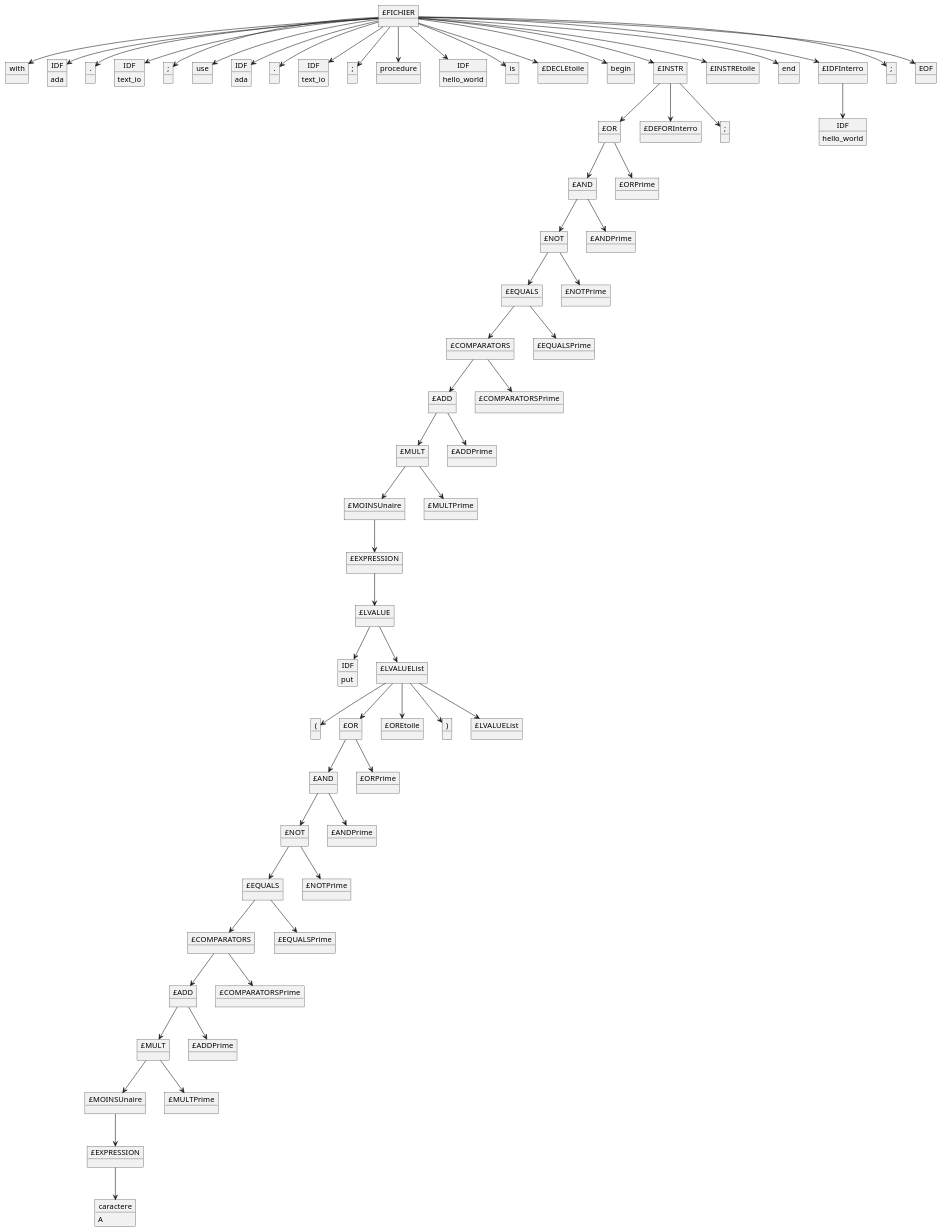
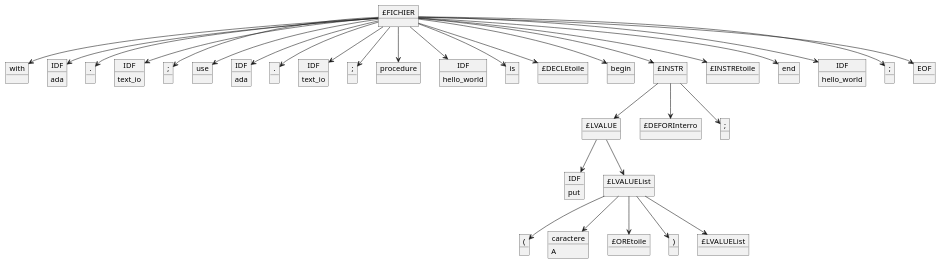
The diagram in Programmes/Fonctionne/hello_world.adb.puml (LeBoufty/pcl), drawn with PlantUML before and after one commit. The commit also changed 5 other files, not shown here.

```diff
--- a/Programmes/Fonctionne/hello_world.adb.puml
+++ b/Programmes/Fonctionne/hello_world.adb.puml
@@ -1,139 +1,73 @@
 @startuml Arbre_Syntaxique
 object "£FICHIER" as 1
 object "with" as 2
 object "IDF" as 3
 3 : ada
 object "." as 4
 object "IDF" as 5
 5 : text_io
 object ";" as 6
 object "use" as 7
 object "IDF" as 8
 8 : ada
 object "." as 9
 object "IDF" as 10
 10 : text_io
 object ";" as 11
 object "procedure" as 12
 object "IDF" as 13
 13 : hello_world
 object "is" as 14
 object "£DECLEtoile" as 15
 object "begin" as 16
 object "£INSTR" as 17
 object "£INSTREtoile" as 18
 object "end" as 19
-object "£IDFInterro" as 20
+object "IDF" as 20
+20 : hello_world
 object ";" as 21
 object "EOF" as 22
-object "£OR" as 23
+object "£LVALUE" as 23
 object "£DEFORInterro" as 24
 object ";" as 25
 object "IDF" as 26
-26 : hello_world
-object "£AND" as 27
-object "£ORPrime" as 28
-object "£NOT" as 29
-object "£ANDPrime" as 30
-object "£EQUALS" as 31
-object "£NOTPrime" as 32
-object "£COMPARATORS" as 33
-object "£EQUALSPrime" as 34
-object "£ADD" as 35
-object "£COMPARATORSPrime" as 36
-object "£MULT" as 37
-object "£ADDPrime" as 38
-object "£MOINSUnaire" as 39
-object "£MULTPrime" as 40
-object "£EXPRESSION" as 41
-object "£LVALUE" as 42
-object "IDF" as 43
-43 : put
-object "£LVALUEList" as 44
-object "(" as 45
-object "£OR" as 46
-object "£OREtoile" as 47
-object ")" as 48
-object "£LVALUEList" as 49
-object "£AND" as 50
-object "£ORPrime" as 51
-object "£NOT" as 52
-object "£ANDPrime" as 53
-object "£EQUALS" as 54
-object "£NOTPrime" as 55
-object "£COMPARATORS" as 56
-object "£EQUALSPrime" as 57
-object "£ADD" as 58
-object "£COMPARATORSPrime" as 59
-object "£MULT" as 60
-object "£ADDPrime" as 61
-object "£MOINSUnaire" as 62
-object "£MULTPrime" as 63
-object "£EXPRESSION" as 64
-object "caractere" as 65
-65 : A
+26 : put
+object "£LVALUEList" as 27
+object "(" as 28
+object "caractere" as 29
+29 : A
+object "£OREtoile" as 30
+object ")" as 31
+object "£LVALUEList" as 32
 1 -down-> 2
 1 -down-> 3
 1 -down-> 4
 1 -down-> 5
 1 -down-> 6
 1 -down-> 7
 1 -down-> 8
 1 -down-> 9
 1 -down-> 10
 1 -down-> 11
 1 -down-> 12
 1 -down-> 13
 1 -down-> 14
 1 -down-> 15
 1 -down-> 16
 1 -down-> 17
 1 -down-> 18
 1 -down-> 19
 1 -down-> 20
 1 -down-> 21
 1 -down-> 22
 17 -down-> 23
 17 -down-> 24
 17 -down-> 25
-20 -down-> 26
+23 -down-> 26
 23 -down-> 27
-23 -down-> 28
+27 -down-> 28
 27 -down-> 29
 27 -down-> 30
-29 -down-> 31
-29 -down-> 32
-31 -down-> 33
-31 -down-> 34
-33 -down-> 35
-33 -down-> 36
-35 -down-> 37
-35 -down-> 38
-37 -down-> 39
-37 -down-> 40
-39 -down-> 41
-41 -down-> 42
-42 -down-> 43
-42 -down-> 44
-44 -down-> 45
-44 -down-> 46
-44 -down-> 47
-44 -down-> 48
-44 -down-> 49
-46 -down-> 50
-46 -down-> 51
-50 -down-> 52
-50 -down-> 53
-52 -down-> 54
-52 -down-> 55
-54 -down-> 56
-54 -down-> 57
-56 -down-> 58
-56 -down-> 59
-58 -down-> 60
-58 -down-> 61
-60 -down-> 62
-60 -down-> 63
-62 -down-> 64
-64 -down-> 65
+27 -down-> 31
+27 -down-> 32
 @enduml
```
